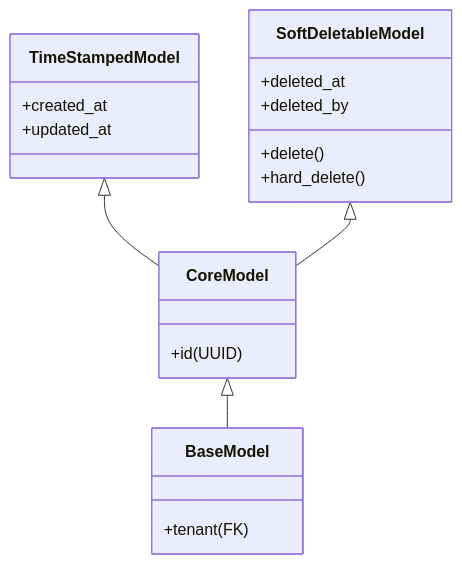
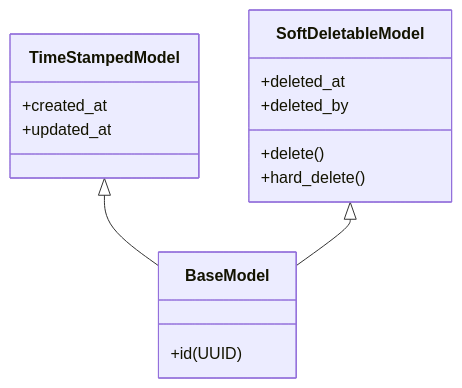
Before and after one commit to camercadop/drf-enterprise-information-platform: the first of 2 diagrams in core/README.md, drawn with Mermaid. The commit also changed other lines of this file and 16 other files, not shown here.

````diff
--- a/core/README.md
+++ b/core/README.md
@@ -7,23 +7,19 @@
 ```mermaid
 classDiagram
-    TimeStampedModel <|-- CoreModel
-    SoftDeletableModel <|-- CoreModel
-    CoreModel <|-- BaseModel
+    TimeStampedModel <|-- BaseModel
+    SoftDeletableModel <|-- BaseModel
 
     class TimeStampedModel {
         +created_at
         +updated_at
     }
     class SoftDeletableModel {
         +deleted_at
         +deleted_by
         +delete()
         +hard_delete()
     }
-    class CoreModel {
+    class BaseModel {
         +id (UUID)
     }
-    class BaseModel {
-        +tenant (FK)
-    }
 ```
````
